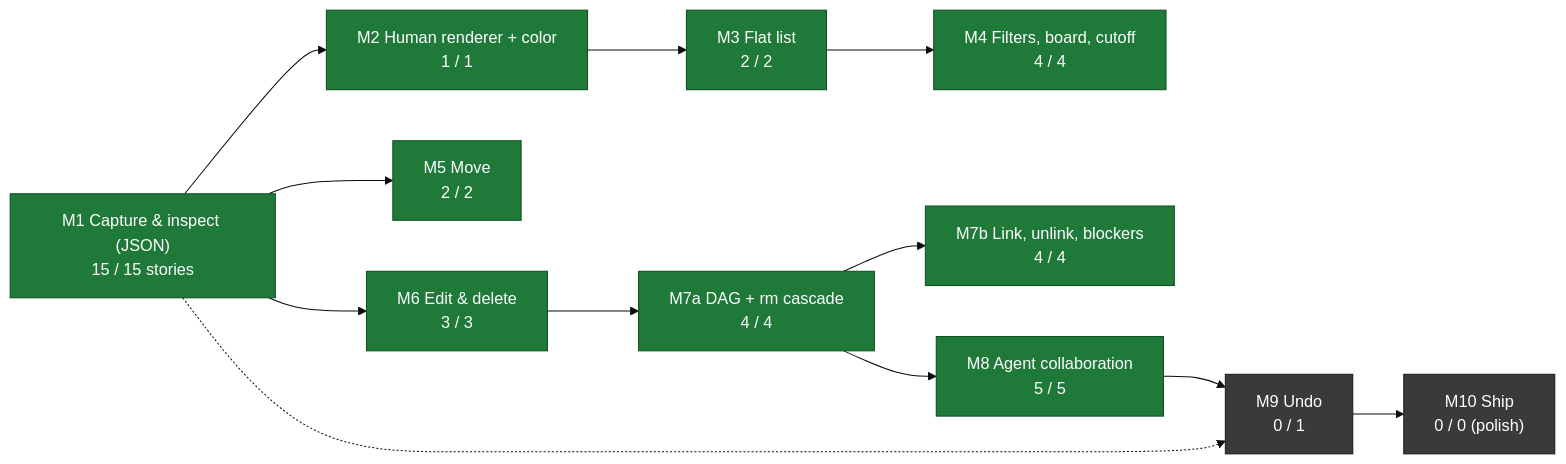
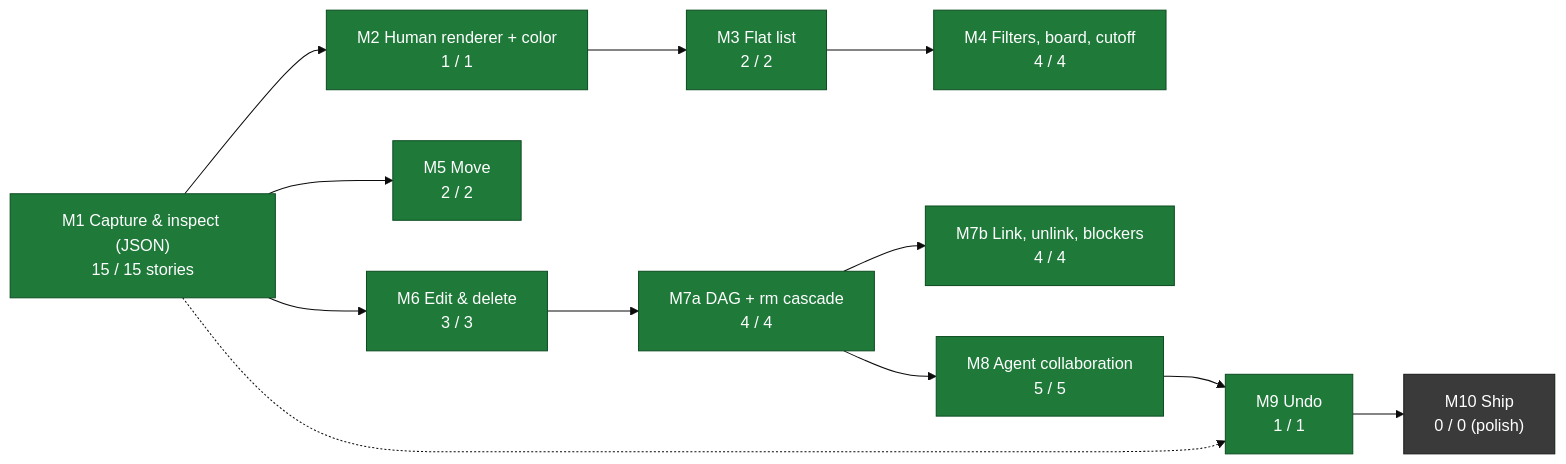
Before and after one commit to andreiRS/tasks: the diagram in MILESTONES.md, drawn with Mermaid (base theme).

Commit message:
docs: mark M9 as done

````diff
--- a/MILESTONES.md
+++ b/MILESTONES.md
@@ -7,24 +7,24 @@
 ```mermaid
 flowchart LR
     M1["M1 Capture &amp; inspect (JSON)<br/>15 / 15 stories"]:::done
     M2["M2 Human renderer + color<br/>1 / 1"]:::done
     M3["M3 Flat list<br/>2 / 2"]:::done
     M4["M4 Filters, board, cutoff<br/>4 / 4"]:::done
     M5["M5 Move<br/>2 / 2"]:::done
     M6["M6 Edit &amp; delete<br/>3 / 3"]:::done
     M7a["M7a DAG + rm cascade<br/>4 / 4"]:::done
     M7b["M7b Link, unlink, blockers<br/>4 / 4"]:::done
     M8["M8 Agent collaboration<br/>5 / 5"]:::done
-    M9["M9 Undo<br/>0 / 1"]:::todo
+    M9["M9 Undo<br/>1 / 1"]:::done
     M10["M10 Ship<br/>0 / 0 (polish)"]:::todo
 
     M1 --> M2 --> M3 --> M4
     M1 --> M5
     M1 --> M6 --> M7a --> M7b
     M7a --> M8 --> M9 --> M10
     M1 -.-> M9
 
     classDef done fill:#1f7a3a,stroke:#0d4d22,color:#fff;
     classDef wip fill:#b07d00,stroke:#5e4300,color:#fff;
     classDef todo fill:#3a3a3a,stroke:#1a1a1a,color:#fff;
 ```
````
